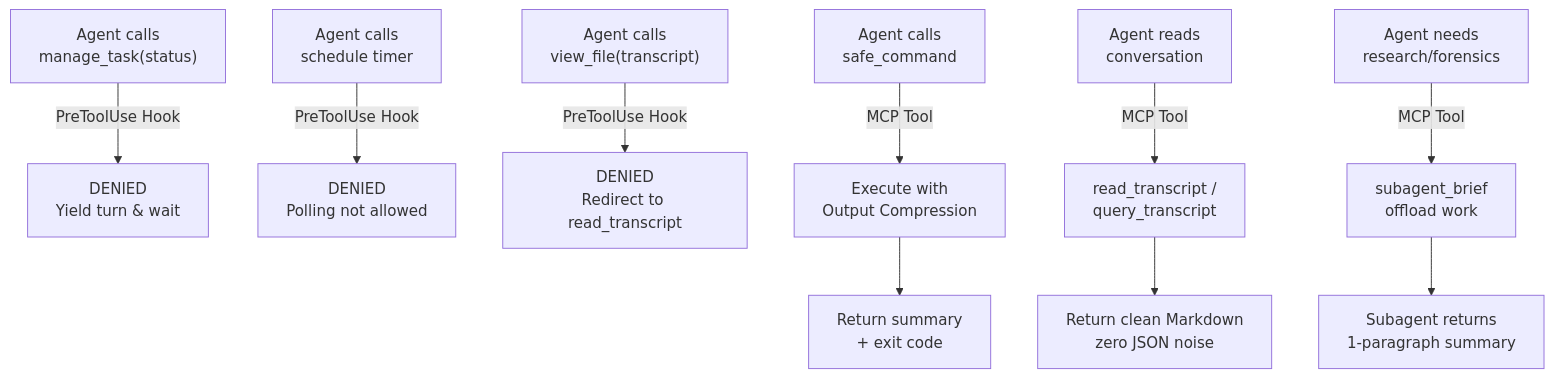
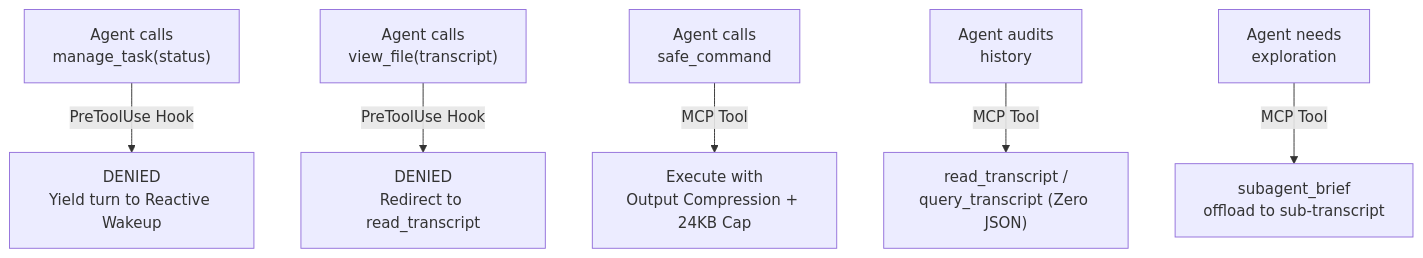
Before and after one commit to paragon-ux/Agy-Context-Saver: the diagram in README.md, drawn with Mermaid. The commit also changed other lines of this file and 9 other files, not shown here.

Commit message:
docs: establish Zensical documentation architecture and condense README landing page

````diff
--- a/README.md
+++ b/README.md
@@ -31,17 +23,8 @@
 ```mermaid
 graph TD
-    A["Agent calls<br/>manage_task(status)"] -->|PreToolUse Hook| B["DENIED<br/>Yield turn & wait"]
-    
-    C["Agent calls<br/>schedule timer"] -->|PreToolUse Hook| D["DENIED<br/>Polling not allowed"]
-    
-    VF["Agent calls<br/>view_file(transcript)"] -->|PreToolUse Hook| VG["DENIED<br/>Redirect to read_transcript"]
-    
-    E["Agent calls<br/>safe_command"] -->|MCP Tool| F["Execute with<br/>Output Compression"]
-    F --> G["Return summary<br/>+ exit code"]
-    
-    TR["Agent reads<br/>conversation"] -->|MCP Tool| TS["read_transcript /<br/>query_transcript"]
-    TS --> TH["Return clean Markdown<br/>zero JSON noise"]
-    
-    H["Agent needs<br/>research/forensics"] -->|MCP Tool| I["subagent_brief<br/>offload work"]
-    I --> J["Subagent returns<br/>1-paragraph summary"]
+    A["Agent calls<br/>manage_task(status)"] -->|PreToolUse Hook| B["DENIED<br/>Yield turn to Reactive Wakeup"]
+    C["Agent calls<br/>view_file(transcript)"] -->|PreToolUse Hook| D["DENIED<br/>Redirect to read_transcript"]
+    E["Agent calls<br/>safe_command"] -->|MCP Tool| F["Execute with<br/>Output Compression + 24KB Cap"]
+    G["Agent audits<br/>history"] -->|MCP Tool| H["read_transcript /<br/>query_transcript (Zero JSON)"]
+    I["Agent needs<br/>exploration"] -->|MCP Tool| J["subagent_brief<br/>offload to sub-transcript"]
 ```
````
